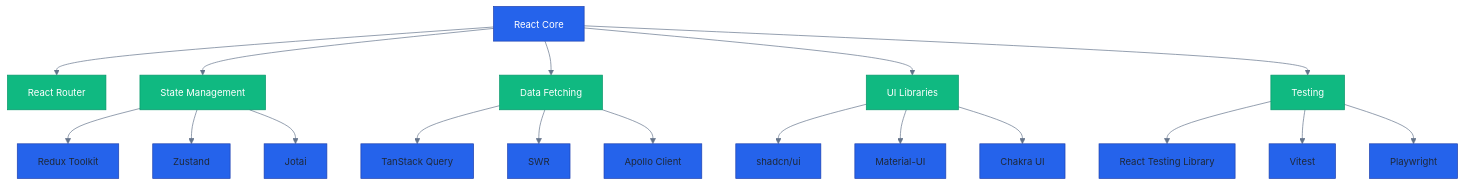
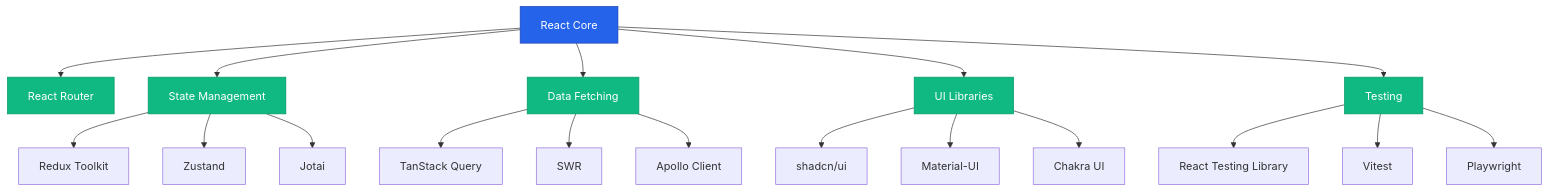
The diagram in apps/ayokoding-web/content/en/learn/software-engineering/platforms/web/tools/fe-react/overview.md (wahidyankf/baseerah), drawn with Mermaid before and after one commit. The commit also changed 17 other files, not shown here.

First line of the commit message:
fix(ci): scope pre-push mermaid check to governance + docs dirs

````diff
--- a/apps/ayokoding-web/content/en/learn/software-engineering/platforms/web/tools/fe-react/overview.md
+++ b/apps/ayokoding-web/content/en/learn/software-engineering/platforms/web/tools/fe-react/overview.md
@@ -84,32 +84,32 @@
 ```mermaid
-%%{init: {'theme':'base', 'themeVariables': { 'primaryColor':'#2563eb','primaryTextColor':'#1e293b','primaryBorderColor':'#1e40af','lineColor':'#64748b','secondaryColor':'#10b981','tertiaryColor':'#f59e0b','fontSize':'14px'}}}%%
+%%{init: {'theme':'base',<br/>'themeVariables': {<br/>'primaryColor':'#2563eb','primaryTextColor':'#1e293b','primaryBorderColor':'#1e40af','lineColor':'#64748b','secondaryColor':'#10b981','tertiaryColor':'#f59e0b','fontSize':'14px'}}}%%
 graph TB
     A[React Core] --> B[React Router]
     A --> C[State Management]
     A --> D[Data Fetching]
     A --> E[UI Libraries]
     A --> F[Testing]
 
     C --> C1[Redux Toolkit]
     C --> C2[Zustand]
     C --> C3[Jotai]
 
     D --> D1[TanStack Query]
     D --> D2[SWR]
     D --> D3[Apollo Client]
 
     E --> E1[shadcn/ui]
     E --> E2[Material-UI]
     E --> E3[Chakra UI]
 
     F --> F1[React Testing Library]
     F --> F2[Vitest]
     F --> F3[Playwright]
 
     style A fill:#2563eb,stroke:#1e40af,color:#fff
     style B fill:#10b981,stroke:#059669,color:#fff
     style C fill:#10b981,stroke:#059669,color:#fff
     style D fill:#10b981,stroke:#059669,color:#fff
     style E fill:#10b981,stroke:#059669,color:#fff
     style F fill:#10b981,stroke:#059669,color:#fff
 ```
````
